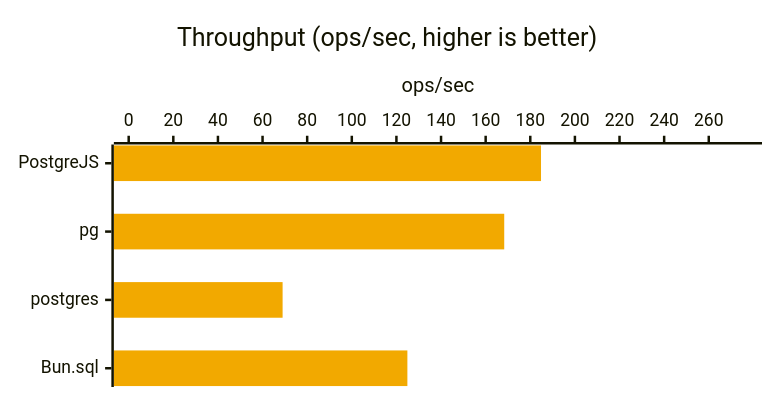
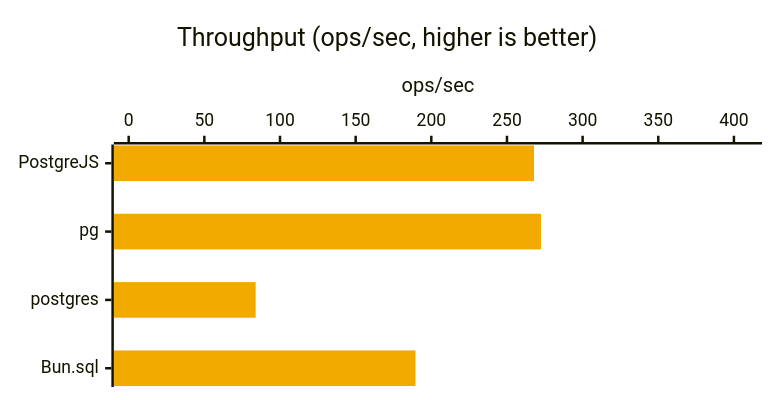
The second of 47 diagrams in doc/BENCHMARKS-bun.md (panates/postgrejs), drawn with Mermaid before and after one commit. The commit also changed other lines of this file and 1 other file, not shown here.

````diff
--- a/doc/BENCHMARKS-bun.md
+++ b/doc/BENCHMARKS-bun.md
@@ -100,8 +102,8 @@
 ```mermaid
 %%{init: {'xyChart': {'width': 600, 'height': 300, 'chartOrientation': 'horizontal'}, 'themeVariables': {'xyChart': {'plotColorPalette': '#f2a900'}}}}%%
 xychart-beta
     title "Throughput (ops/sec, higher is better)"
     x-axis ["PostgreJS", "pg", "postgres", "Bun.sql"]
-    y-axis "ops/sec" 0.0000 --> 277.2113
-    bar [184.8075, 168.3215, 68.9850, 124.9133]
+    y-axis "ops/sec" 0.0000 --> 408.7443
+    bar [267.8563, 272.4962, 83.9125, 189.5205]
 ```
````
